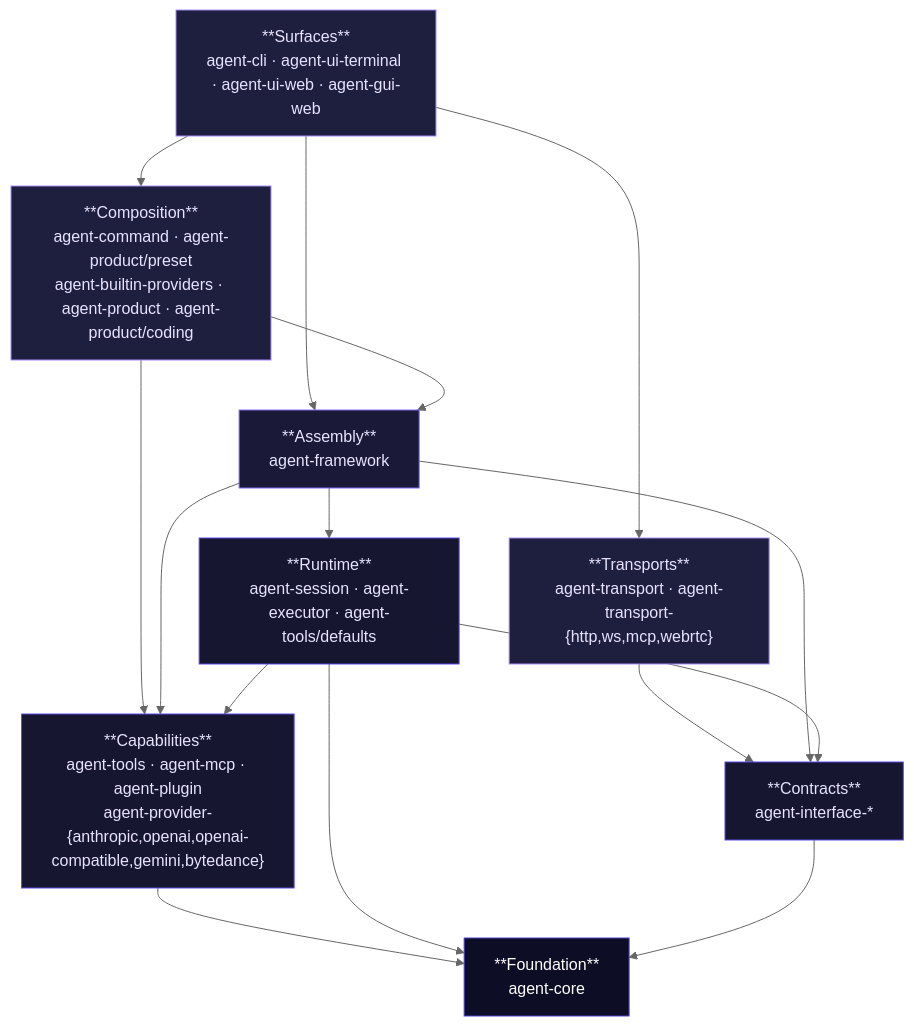
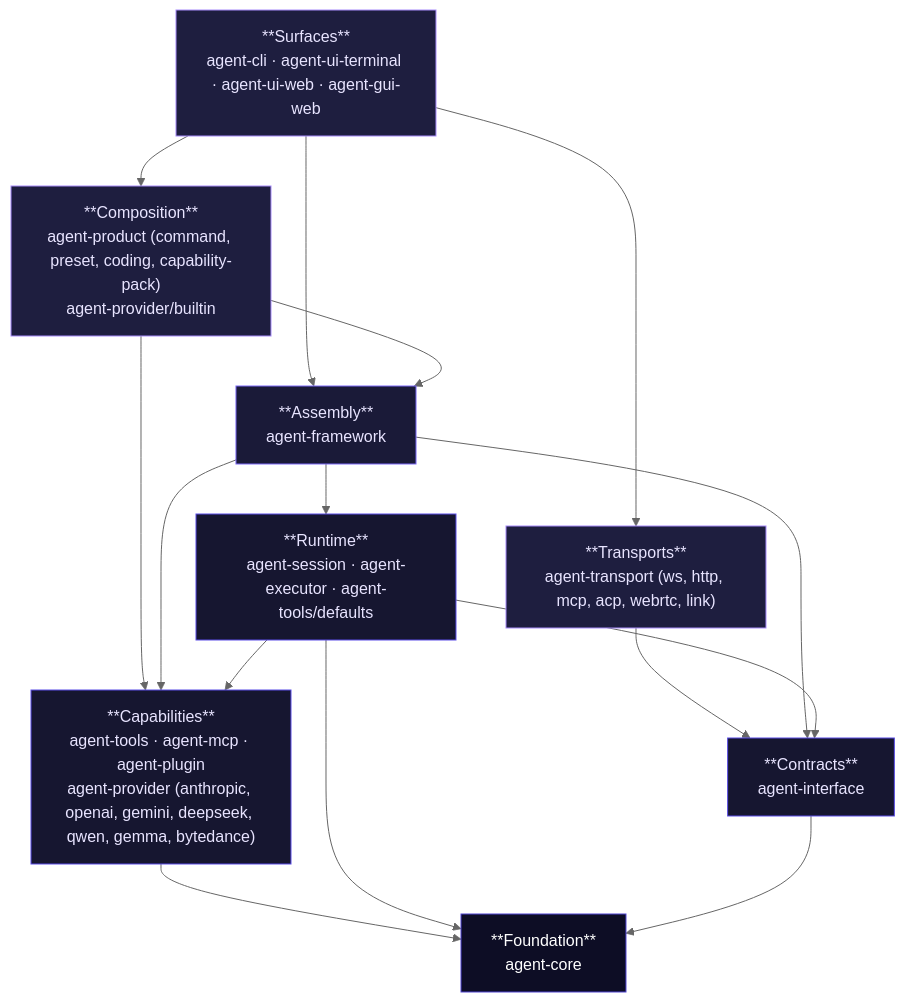
One commit to woojubb/robota changed the diagram in content/guide/architecture.md. Above: the diagram before and after it, drawn with Mermaid (neutral theme). The commit also changed other lines of this file and 60 other files, not shown here.

````diff
--- a/content/guide/architecture.md
+++ b/content/guide/architecture.md
@@ -33,36 +33,36 @@
 ```mermaid
 flowchart TB
     SURF["**Surfaces**\nagent-cli · agent-ui-terminal · agent-ui-web · agent-gui-web"]
-    TRANS["**Transports**\nagent-transport · agent-transport-{http,ws,mcp,webrtc}"]
-    COMP["**Composition**\nagent-command · agent-product/preset\nagent-builtin-providers · agent-product · agent-product/coding"]
+    TRANS["**Transports**\nagent-transport (ws, http, mcp, acp, webrtc, link)"]
+    COMP["**Composition**\nagent-product (command, preset, coding, capability-pack)\nagent-provider/builtin"]
     FW["**Assembly**\nagent-framework"]
     RT["**Runtime**\nagent-session · agent-executor · agent-tools/defaults"]
-    CAP["**Capabilities**\nagent-tools · agent-mcp · agent-plugin\nagent-provider-{anthropic,openai,openai-compatible,gemini,bytedance}"]
-    IF["**Contracts**\nagent-interface-*"]
+    CAP["**Capabilities**\nagent-tools · agent-mcp · agent-plugin\nagent-provider (anthropic, openai, gemini, deepseek, qwen, gemma, bytedance)"]
+    IF["**Contracts**\nagent-interface"]
     CORE["**Foundation**\nagent-core"]
 
     SURF --> TRANS
     SURF --> COMP
     SURF --> FW
     COMP --> FW
     COMP --> CAP
     TRANS --> IF
     FW --> RT
     FW --> CAP
     FW --> IF
     RT --> IF
     RT --> CAP
     CAP --> CORE
     RT --> CORE
     IF --> CORE
 
     classDef edge fill:#1e1e3f,stroke:#a78bfa,color:#e8e4ff
     classDef framework fill:#1a1a38,stroke:#7c6bf7,color:#e8e4ff
     classDef general fill:#161630,stroke:#5a4de6,color:#e8e4ff
     classDef core fill:#0d0d25,stroke:#4f44d0,color:#fff
 
     class SURF,TRANS,COMP edge
     class FW framework
     class RT,CAP,IF general
     class CORE core
 ```
````
